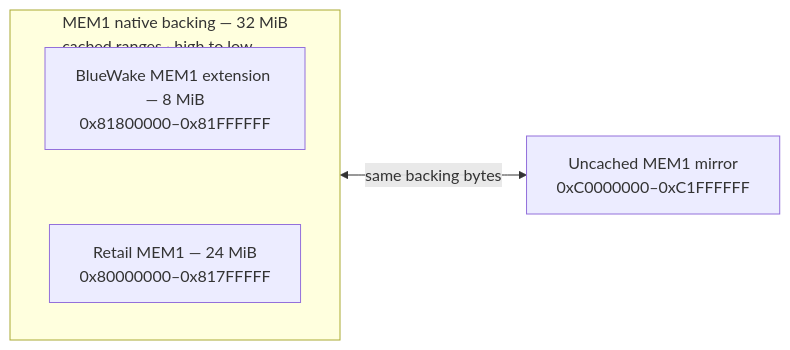
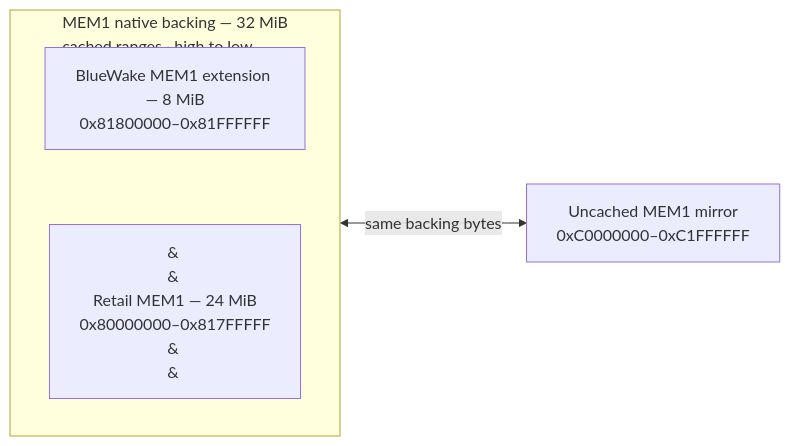
One commit to Aelbannan/boat_of_daphnes changed the fourth of 6 diagrams in docs/architecture/GuestState.md. Above: the diagram before and after it, drawn with Mermaid. The commit also changed other lines of this file, not shown here.

Commit message:
docs: scale MEM1 layout regions

````diff
--- a/docs/architecture/GuestState.md
+++ b/docs/architecture/GuestState.md
@@ -447,16 +448,14 @@
 ```mermaid
 flowchart LR
     subgraph MEM1["MEM1 native backing — 32 MiB<br/>cached ranges · high to low"]
         direction TB
-        Extension["`BlueWake MEM1 extension — 8 MiB
-0x81800000–0x81FFFFFF`"]
-        Retail["`Retail MEM1 — 24 MiB
-0x80000000–0x817FFFFF`"]
+        Extension["BlueWake MEM1 extension — 8 MiB<br/>0x81800000–0x81FFFFFF"]
+        Retail["&#160;<br/>&#160;<br/>Retail MEM1 — 24 MiB<br/>0x80000000–0x817FFFFF<br/>&#160;<br/>&#160;"]
 
         Extension ~~~ Retail
     end
 
     Mirror["`Uncached MEM1 mirror
 0xC0000000–0xC1FFFFFF`"]
     MEM1 <-->|"same backing bytes"| Mirror
 ```
````
